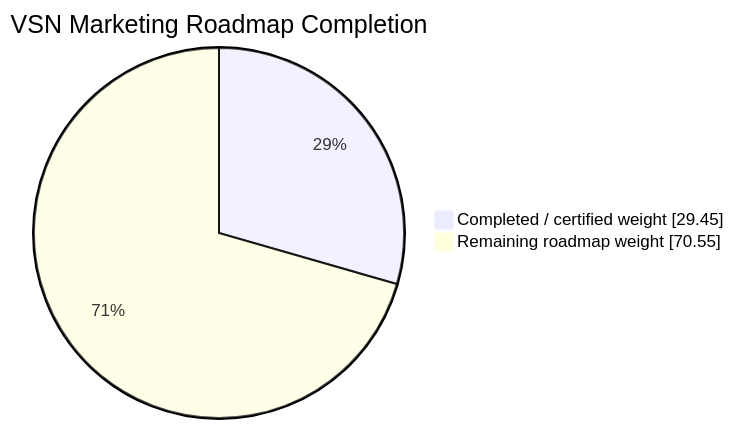
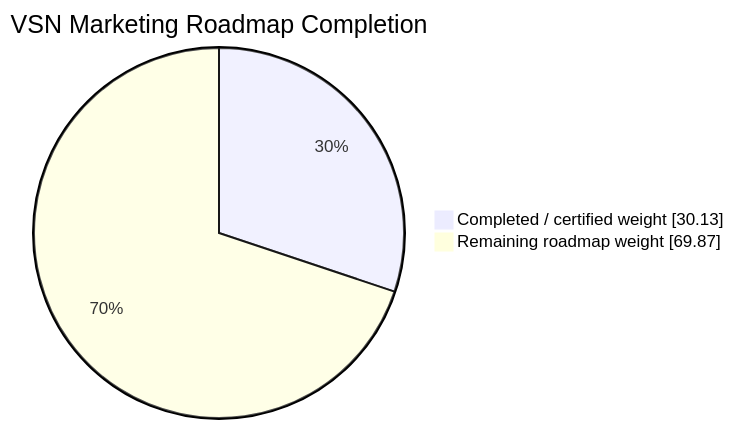
Before and after one commit to Vertex-Systems-Network/vsn-marketing: the diagram in README.md, drawn with Mermaid. The commit also changed other lines of this file, not shown here.

````diff
--- a/README.md
+++ b/README.md
@@ -22,6 +22,6 @@
 ```mermaid
 pie showData
     title VSN Marketing Roadmap Completion
-    "Completed / certified weight" : 29.45
-    "Remaining roadmap weight" : 70.55
+    "Completed / certified weight" : 30.13
+    "Remaining roadmap weight" : 69.87
 ```
````
